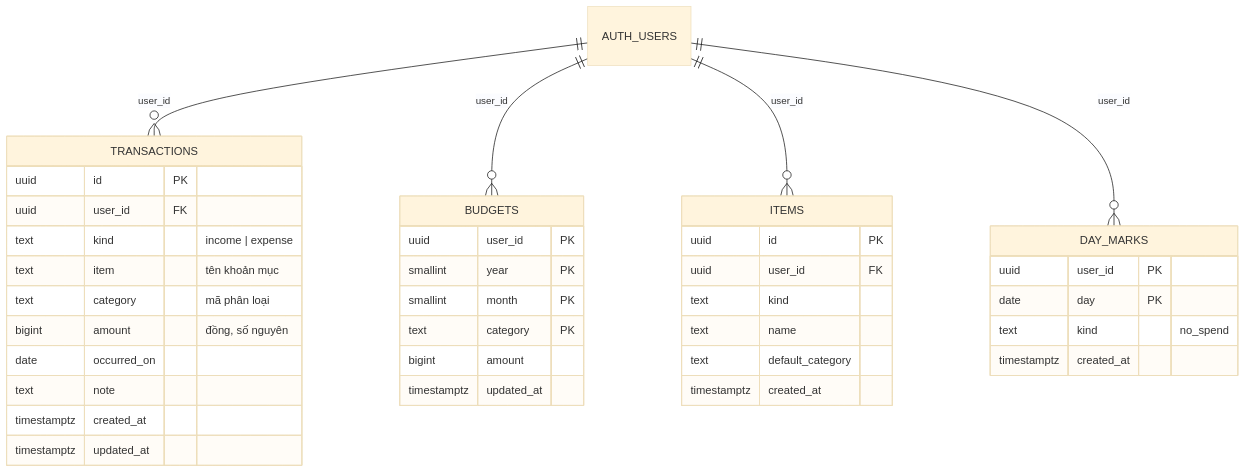
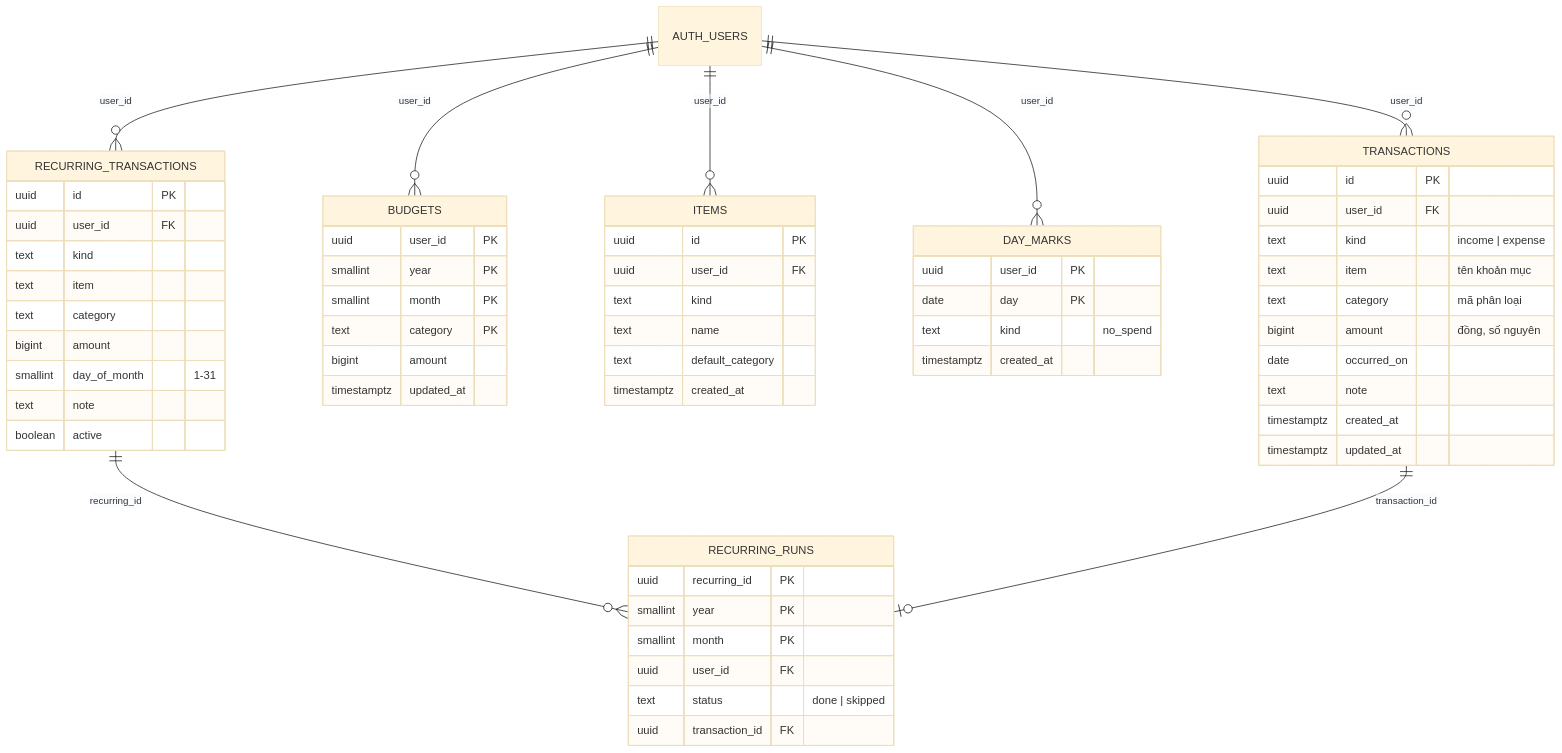
The diagram in docs/database.md (tienhuynh100904-lang/ct9-personal-finance), drawn with Mermaid (base theme) before and after one commit. The commit also changed other lines of this file and 39 other files, not shown here.

First line of the commit message:
feat: add recurring transactions feature with budget alerts

````diff
--- a/docs/database.md
+++ b/docs/database.md
@@ -79,42 +79,64 @@
 ```mermaid
 erDiagram
     AUTH_USERS ||--o{ TRANSACTIONS : "user_id"
     AUTH_USERS ||--o{ BUDGETS : "user_id"
     AUTH_USERS ||--o{ ITEMS : "user_id"
     AUTH_USERS ||--o{ DAY_MARKS : "user_id"
+    AUTH_USERS ||--o{ RECURRING_TRANSACTIONS : "user_id"
+    RECURRING_TRANSACTIONS ||--o{ RECURRING_RUNS : "recurring_id"
+    TRANSACTIONS ||--o| RECURRING_RUNS : "transaction_id"
 
     TRANSACTIONS {
         uuid id PK
         uuid user_id FK
         text kind "income | expense"
         text item "tên khoản mục"
         text category "mã phân loại"
         bigint amount "đồng, số nguyên"
         date occurred_on
         text note
         timestamptz created_at
         timestamptz updated_at
     }
     BUDGETS {
         uuid user_id PK
         smallint year PK
         smallint month PK
         text category PK
         bigint amount
         timestamptz updated_at
     }
     ITEMS {
         uuid id PK
         uuid user_id FK
         text kind
         text name
         text default_category
         timestamptz created_at
     }
     DAY_MARKS {
         uuid user_id PK
         date day PK
         text kind "no_spend"
         timestamptz created_at
     }
+    RECURRING_TRANSACTIONS {
+        uuid id PK
+        uuid user_id FK
+        text kind
+        text item
+        text category
+        bigint amount
+        smallint day_of_month "1-31"
+        text note
+        boolean active
+    }
+    RECURRING_RUNS {
+        uuid recurring_id PK
+        smallint year PK
+        smallint month PK
+        uuid user_id FK
+        text status "done | skipped"
+        uuid transaction_id FK
+    }
 ```
````
